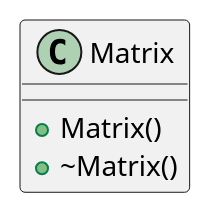
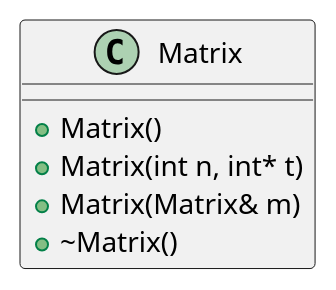
The diagram in inline_umlgraph_pnghtml.pu (kluchoo/Matrix), drawn with PlantUML before and after one commit. The commit also changed 13 other files, not shown here.

```diff
--- a/inline_umlgraph_pnghtml.pu
+++ b/inline_umlgraph_pnghtml.pu
@@ -1,7 +1,9 @@
 @startuml inline_umlgraph_1.png
 class Matrix {
 +Matrix()
++Matrix(int n, int* t)
++Matrix(Matrix& m)
 +~Matrix()
 
 }
 @enduml
```
